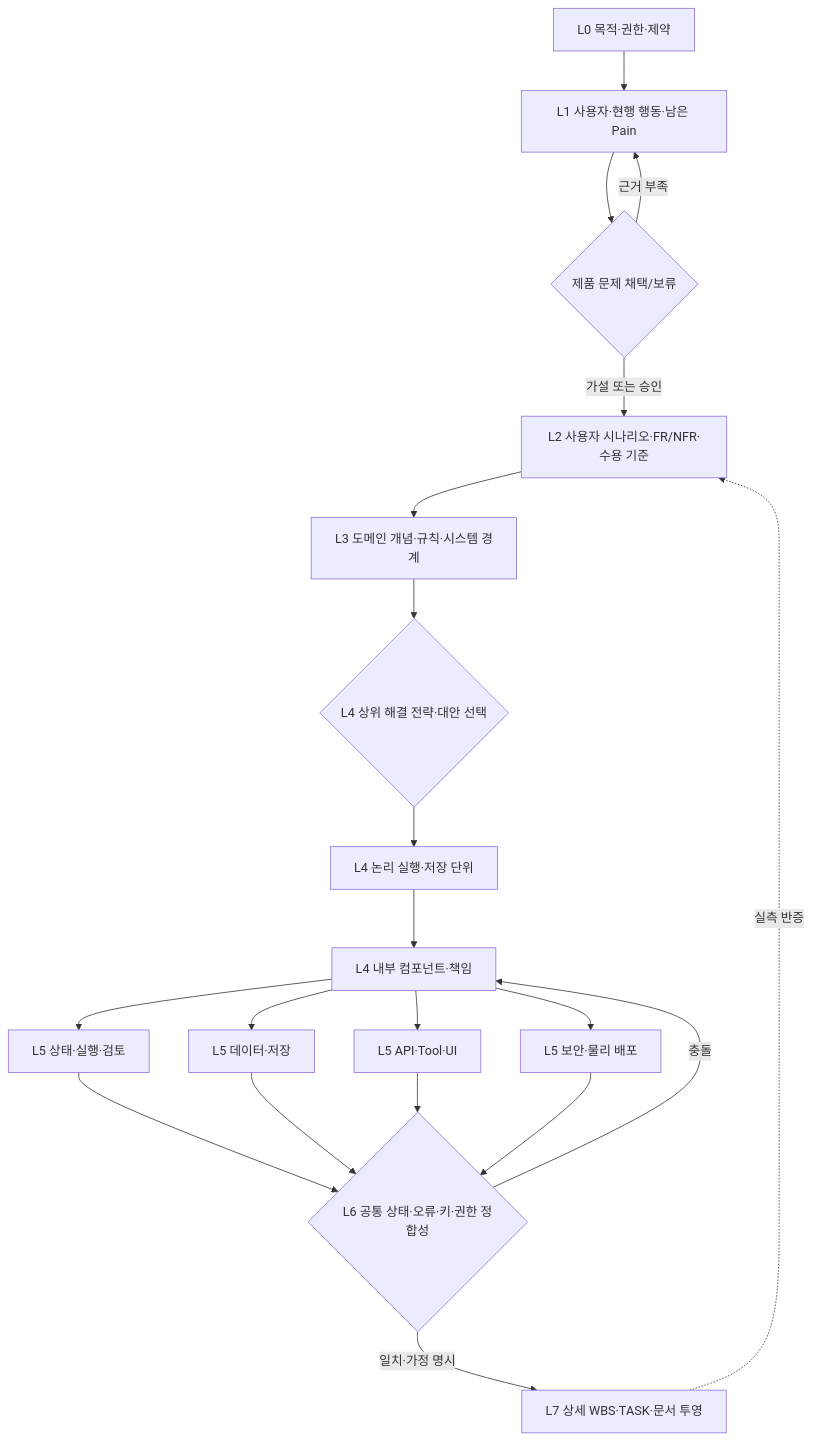
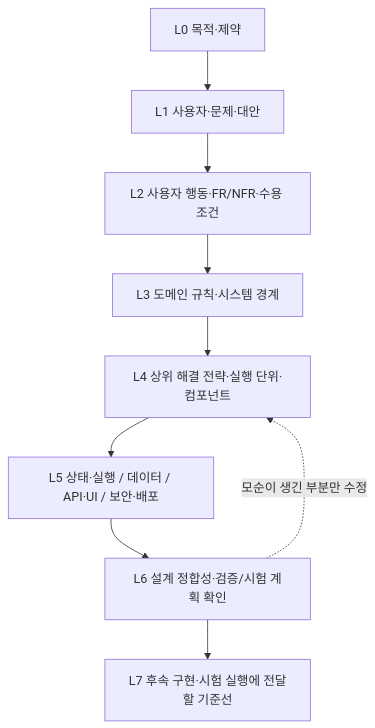
The diagram in docs/deliverables/PROGRESSIVE-DESIGN-ORDER.md (ik-e/chaja-you), drawn with Mermaid before and after one commit. The commit also changed other lines of this file, not shown here.

````diff
--- a/docs/deliverables/PROGRESSIVE-DESIGN-ORDER.md
+++ b/docs/deliverables/PROGRESSIVE-DESIGN-ORDER.md
@@ -8,31 +7,11 @@
 ```mermaid
 flowchart TD
-    A["L0 목적·권한·제약"]
-    B["L1 사용자·현행 행동·남은 Pain"]
-    C{"제품 문제 채택/보류"}
-    D["L2 사용자 시나리오·FR/NFR·수용 기준"]
-    E["L3 도메인 개념·규칙·시스템 경계"]
-    F{"L4 상위 해결 전략·대안 선택"}
-    G["L4 논리 실행·저장 단위"]
-    H["L4 내부 컴포넌트·책임"]
-    I["L5 상태·실행·검토"]
-    J["L5 데이터·저장"]
-    K["L5 API·Tool·UI"]
-    L["L5 보안·물리 배포"]
-    M{"L6 공통 상태·오류·키·권한 정합성"}
-    N["L7 상세 WBS·TASK·문서 투영"]
-    A --> B --> C
-    C -->|"가설 또는 승인"| D --> E --> F --> G --> H
-    C -->|"근거 부족"| B
-    H --> I
-    H --> J
-    H --> K
-    H --> L
-    I --> M
-    J --> M
-    K --> M
-    L --> M
-    M -->|"충돌"| H
-    M -->|"일치·가정 명시"| N
-    N -. "실측 반증" .-> D
+ A["L0 목적·제약"] --> B["L1 사용자·문제·대안"]
+ B --> C["L2 사용자 행동·FR/NFR·수용 조건"]
+ C --> D["L3 도메인 규칙·시스템 경계"]
+ D --> E["L4 상위 해결 전략·실행 단위·컴포넌트"]
+ E --> F["L5 상태·실행 / 데이터 / API·UI / 보안·배포"]
+ F --> G["L6 설계 정합성·검증/시험 계획 확인"]
+ G --> H["L7 후속 구현·시험 실행에 전달할 기준선"]
+ G -. "모순이 생긴 부분만 수정" .-> E
 ```
````
